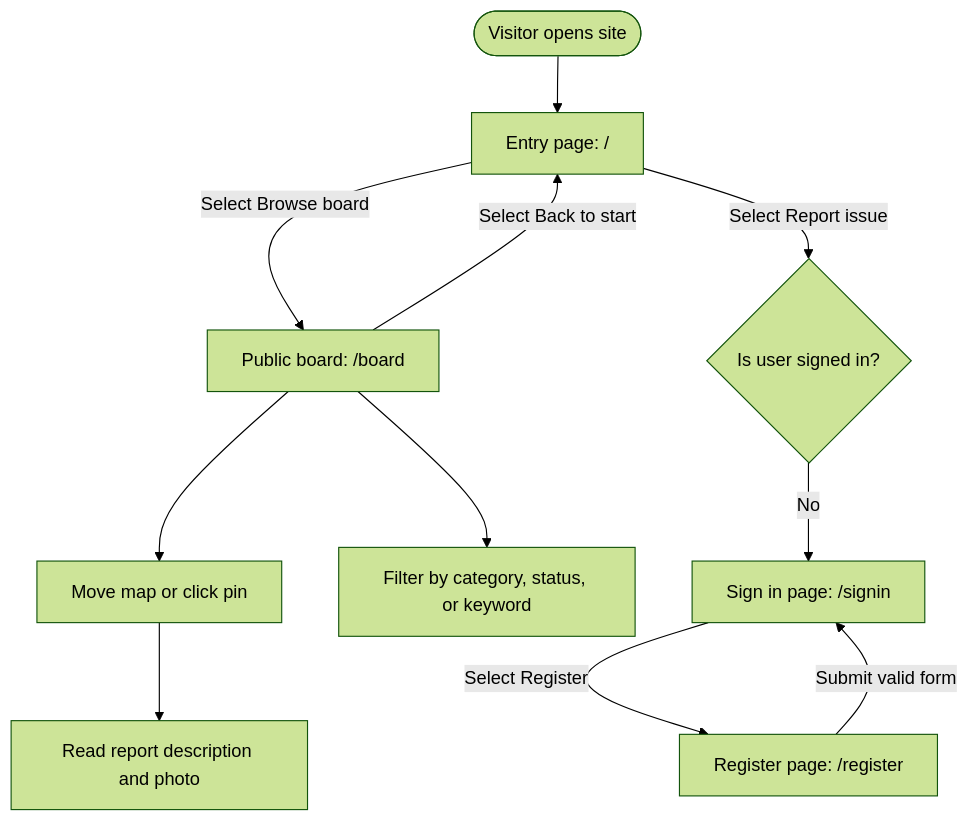
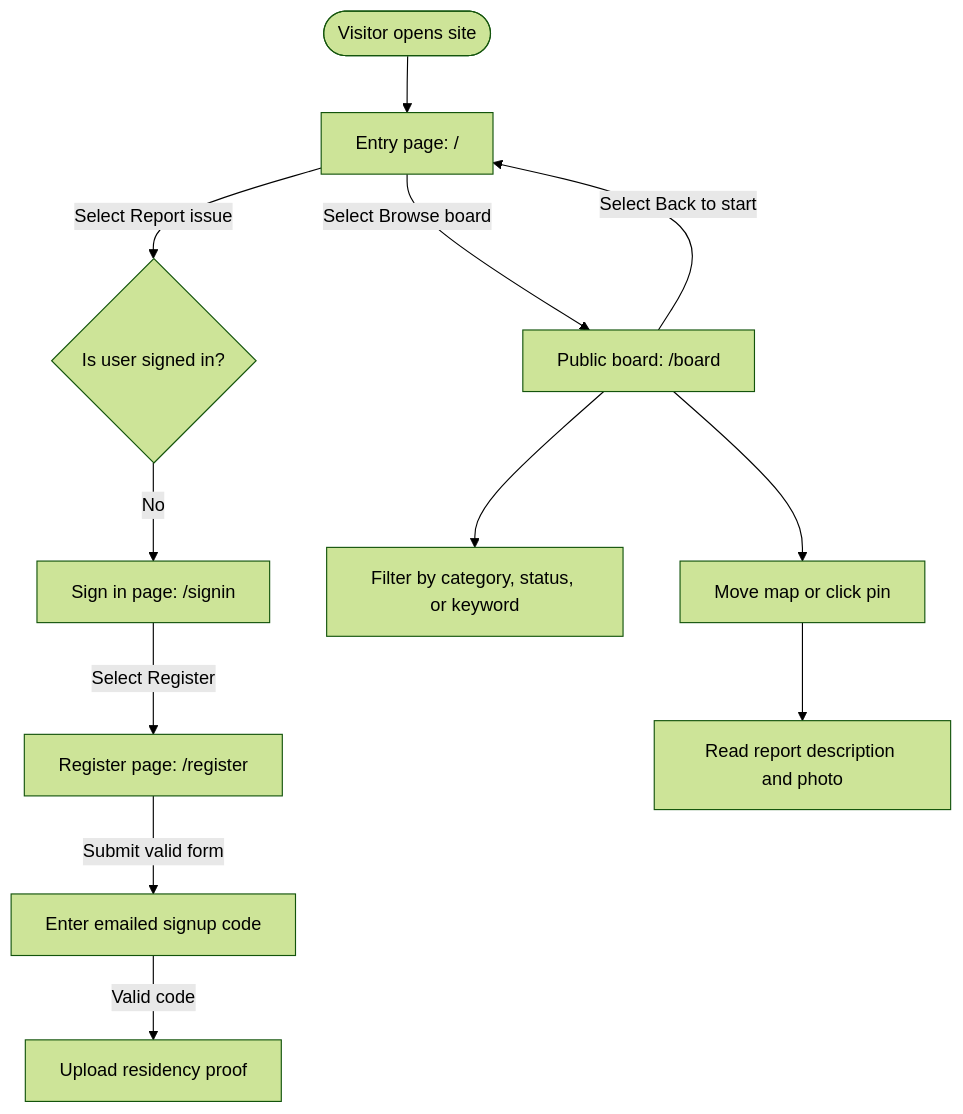
The second of 5 diagrams in docs/DEVELOPER_JOURNEYS.md (10Plaiz/its122p-NO), drawn with Mermaid (forest theme) before and after one commit. The commit also changed other lines of this file and 9 other files, not shown here.

````diff
--- a/docs/DEVELOPER_JOURNEYS.md
+++ b/docs/DEVELOPER_JOURNEYS.md
@@ -85,16 +92,17 @@
 ```mermaid
 flowchart TD
     Start(["Visitor opens site"]) --> EntryPage["Entry page: /"]
     EntryPage -->|"Select Browse board"| BoardView["Public board: /board"]
     EntryPage -->|"Select Report issue"| CheckAuth{"Is user signed in?"}
     
     CheckAuth -->|"No"| SignIn["Sign in page: /signin"]
     SignIn -->|"Select Register"| Register["Register page: /register"]
-    Register -->|"Submit valid form"| SignIn
+    Register -->|"Submit valid form"| ConfirmEmail["Enter emailed signup code"]
+    ConfirmEmail -->|"Valid code"| Proof["Upload residency proof"]
     
     BoardView --> SearchFilter["Filter by category, status, or keyword"]
     BoardView --> MapInteraction["Move map or click pin"]
     MapInteraction --> CardPreview["Read report description and photo"]
     
     BoardView -->|"Select Back to start"| EntryPage
 ```
````
